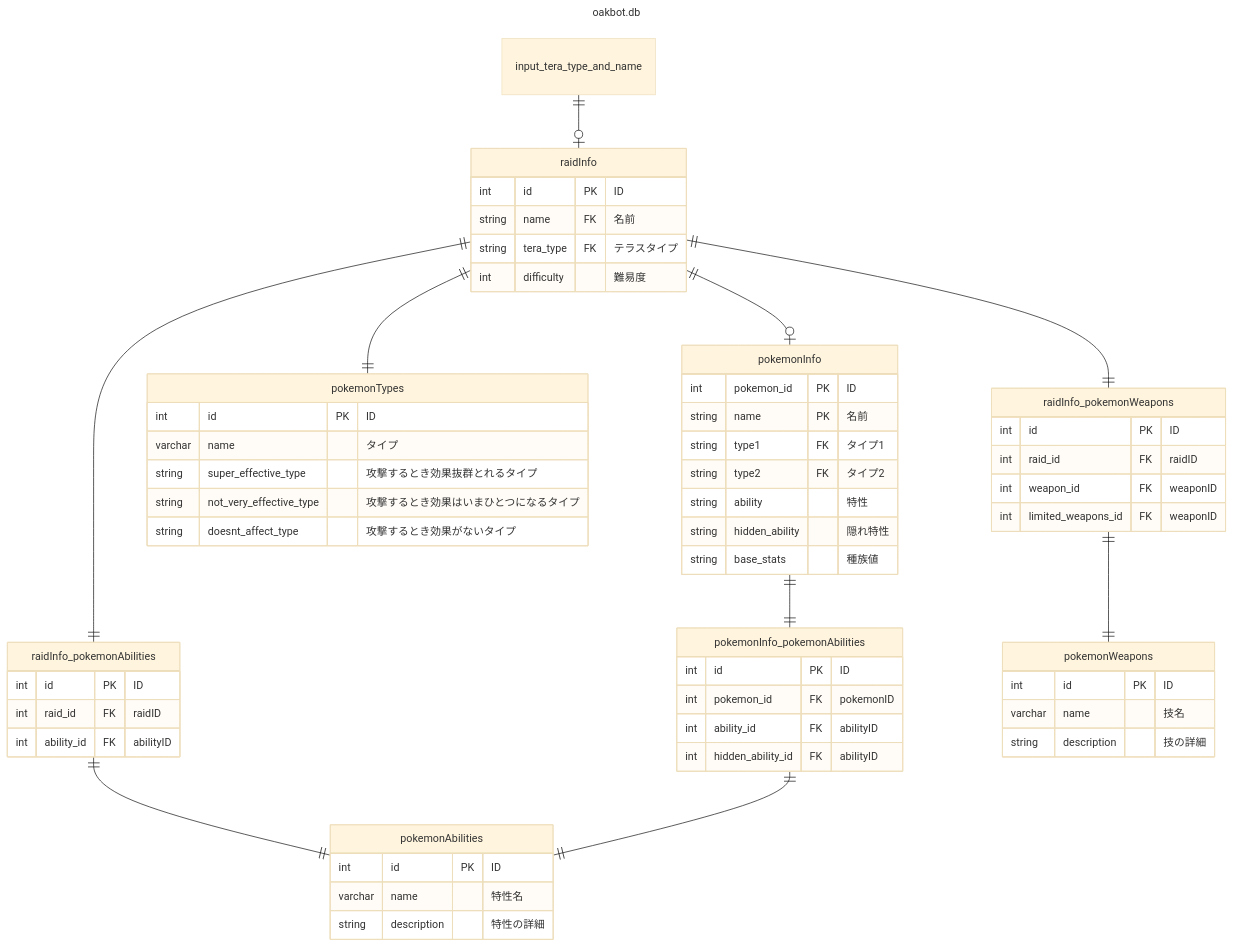
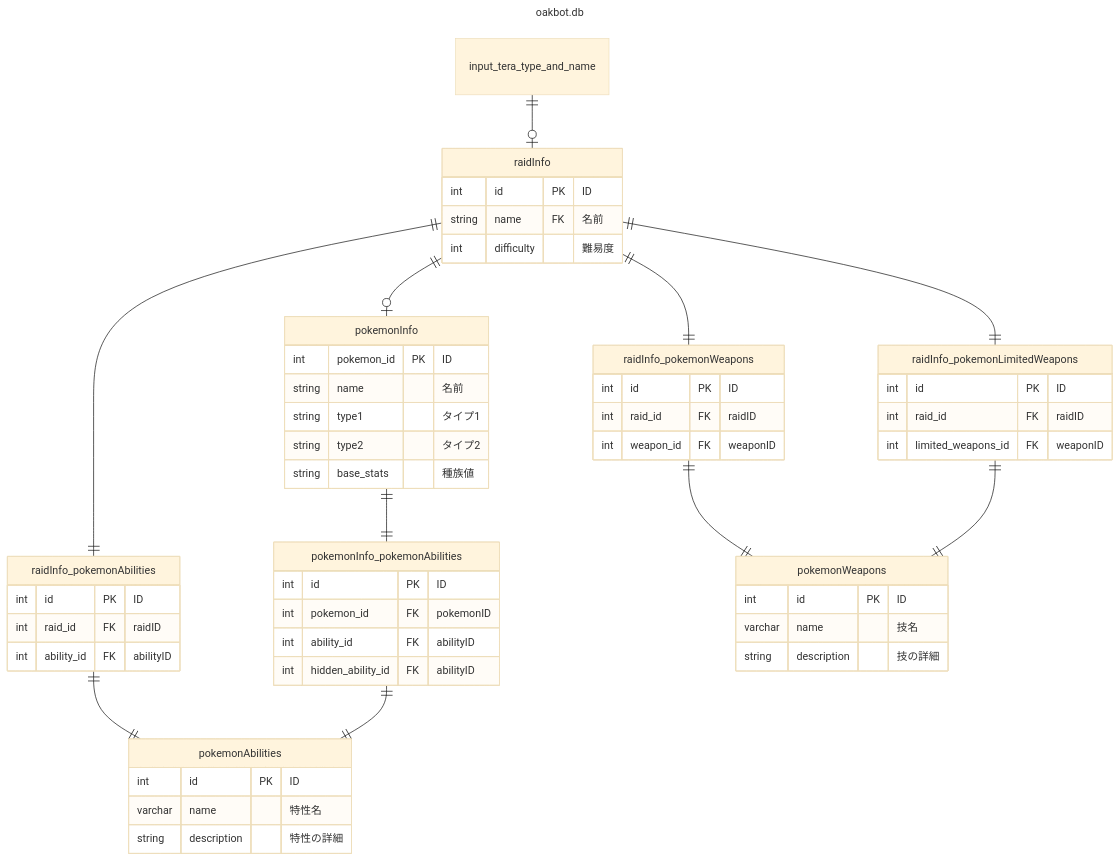
Before and after one commit to imvvad/Pokemon_discordbot: the diagram in mermaid_test.md, drawn with Mermaid (base theme).

Commit message:
raidInfoテーブルからtera_typesカラムを不要だったため削除

````diff
--- a/mermaid_test.md
+++ b/mermaid_test.md
@@ -5,72 +5,67 @@
 ```mermaid
 ---
 title: "oakbot.db"
 ---
 erDiagram
-    input_tera_type_and_name            ||--o| raidInfo                 : ""
-    raidInfo                            ||--o| pokemonInfo              : ""
-    raidInfo                            ||--|| raidInfo_pokemonAbilities: ""
-    raidInfo_pokemonAbilities           ||--|| pokemonAbilities         : ""
-    pokemonInfo                         ||--|| pokemonInfo_pokemonAbilities: ""
-    pokemonInfo_pokemonAbilities        ||--|| pokemonAbilities         : ""
-    raidInfo                            ||--|| pokemonTypes             : ""
-    raidInfo                            ||--|| raidInfo_pokemonWeapons  : ""
-    raidInfo_pokemonWeapons             ||--|| pokemonWeapons           : ""
+    input_tera_type_and_name            ||--o| raidInfo                     : ""
+    raidInfo                            ||--o| pokemonInfo                  : ""
+    raidInfo                            ||--|| raidInfo_pokemonAbilities    : ""
+    raidInfo_pokemonAbilities           ||--|| pokemonAbilities             : ""
+    pokemonInfo                         ||--|| pokemonInfo_pokemonAbilities : ""
+    pokemonInfo_pokemonAbilities        ||--|| pokemonAbilities             : ""
+    raidInfo                            ||--|| raidInfo_pokemonWeapons      : ""
+    raidInfo_pokemonWeapons             ||--|| pokemonWeapons               : ""
+    raidInfo                            ||--|| raidInfo_pokemonLimitedWeapons      : ""
+    raidInfo_pokemonLimitedWeapons      ||--|| pokemonWeapons               : ""
 
     raidInfo {
         int    id                       PK    "ID"
         string name                     FK    "名前"
-        string tera_type                FK    "テラスタイプ"
         int    difficulty                     "難易度"
     }
 
     pokemonInfo {
         int    pokemon_id               PK    "ID"
-        string name                     PK    "名前"
-        string type1                    FK    "タイプ1"
-        string type2                    FK    "タイプ2"
-        string ability                        "特性"
-        string hidden_ability                 "隠れ特性"
+        string name                           "名前"
+        string type1                          "タイプ1"
+        string type2                          "タイプ2"
         string base_stats                     "種族値"
-    }
-
-    pokemonTypes {
-        int     id                      PK    "ID"
-        varchar name                          "タイプ"
-        string  super_effective_type           "攻撃するとき効果抜群とれるタイプ"
-        string  not_very_effective_type        "攻撃するとき効果はいまひとつになるタイプ"
-        string  doesnt_affect_type             "攻撃するとき効果がないタイプ"
     }
 
     pokemonAbilities {
         int     id                      PK    "ID"
         varchar name                          "特性名"
         string  description                   "特性の詳細"
     }
 
     pokemonWeapons {
         int     id                      PK    "ID"
         varchar name                          "技名"
         string  description                   "技の詳細"
     }
 
     raidInfo_pokemonAbilities{
         int id                PK "ID"
         int raid_id           FK "raidID"
         int ability_id        FK "abilityID"
     }
 
     pokemonInfo_pokemonAbilities{
         int id                PK "ID"
         int pokemon_id        FK "pokemonID"
         int ability_id        FK "abilityID"
         int hidden_ability_id FK "abilityID"
     }
 
     raidInfo_pokemonWeapons{
         int id                  PK "ID"
         int raid_id             FK "raidID"
         int weapon_id           FK "weaponID"
+    }
+
+    raidInfo_pokemonLimitedWeapons{
+        int id                  PK "ID"
+        int raid_id             FK "raidID"
         int limited_weapons_id  FK "weaponID"
     }
 ```
````
